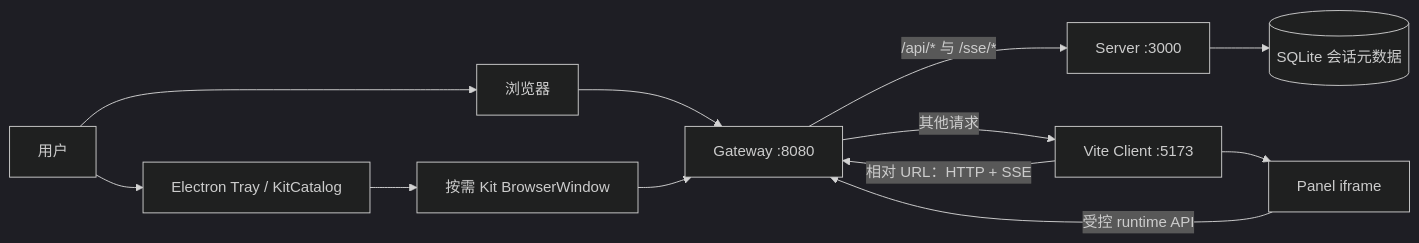
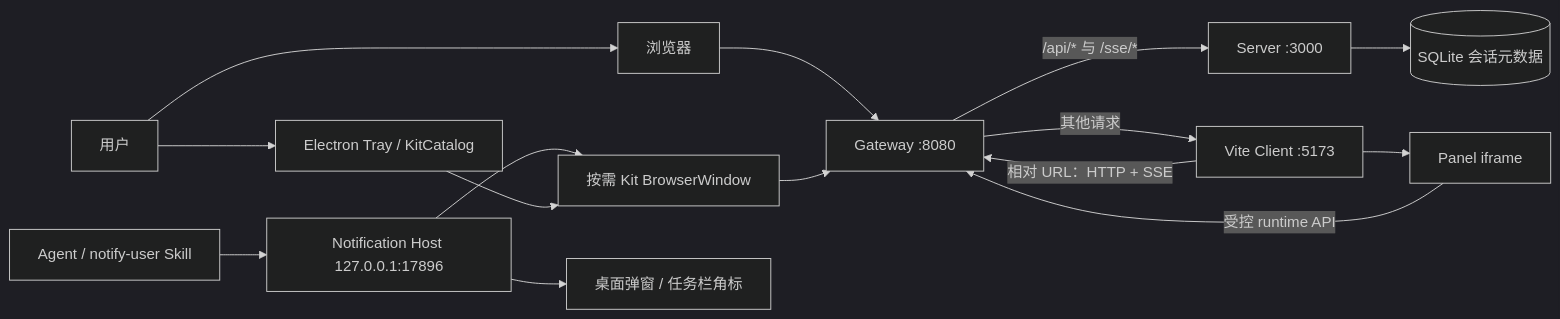
The first of 2 diagrams in docs/architecture/system-overview.md (itharbors/harbors), drawn with Mermaid (dark theme) before and after one commit. The commit also changed other lines of this file and 77 other files, not shown here.

````diff
--- a/docs/architecture/system-overview.md
+++ b/docs/architecture/system-overview.md
@@ -9,24 +9,30 @@
 ```mermaid
 flowchart LR
     User["用户"]
     Browser["浏览器"]
     Tray["Electron Tray / KitCatalog"]
     Electron["按需 Kit BrowserWindow"]
+    Host["Notification Host 127.0.0.1:17896"]
+    Agent["Agent / notify-user Skill"]
+    Toast["桌面弹窗 / 任务栏角标"]
     Gateway["Gateway :8080"]
     Server["Server :3000"]
     Client["Vite Client :5173"]
     DB[("SQLite 会话元数据")]
     Panel["Panel iframe"]
 
     User --> Browser
     User --> Tray
+    Agent --> Host
+    Host --> Toast
+    Host --> Electron
     Tray --> Electron
     Browser --> Gateway
     Electron --> Gateway
     Gateway -- "/api/* 与 /sse/*" --> Server
     Gateway -- "其他请求" --> Client
     Server --> DB
     Client --> Panel
     Client -- "相对 URL：HTTP + SSE" --> Gateway
     Panel -- "受控 runtime API" --> Gateway
 ```
````
